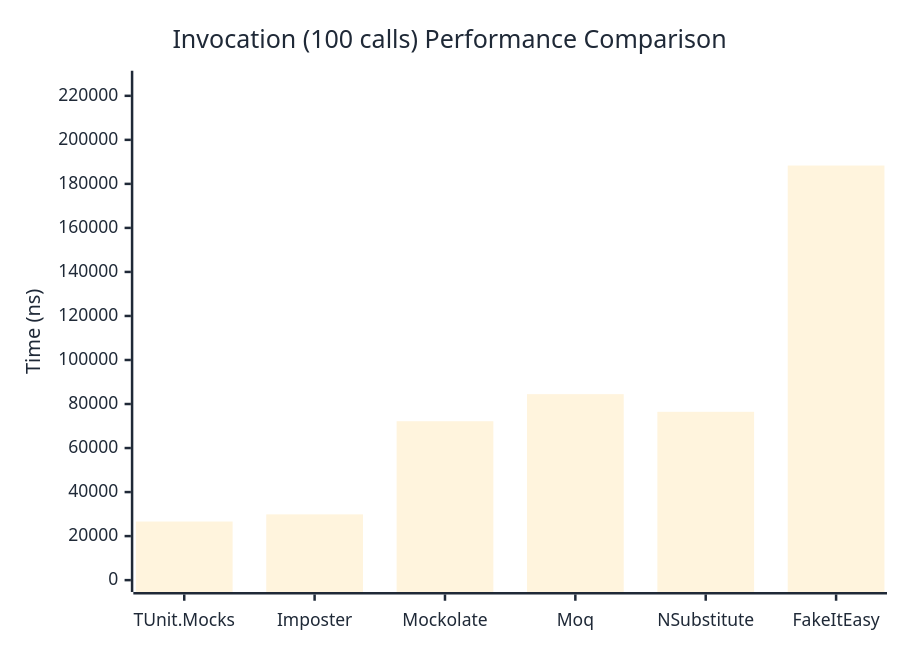
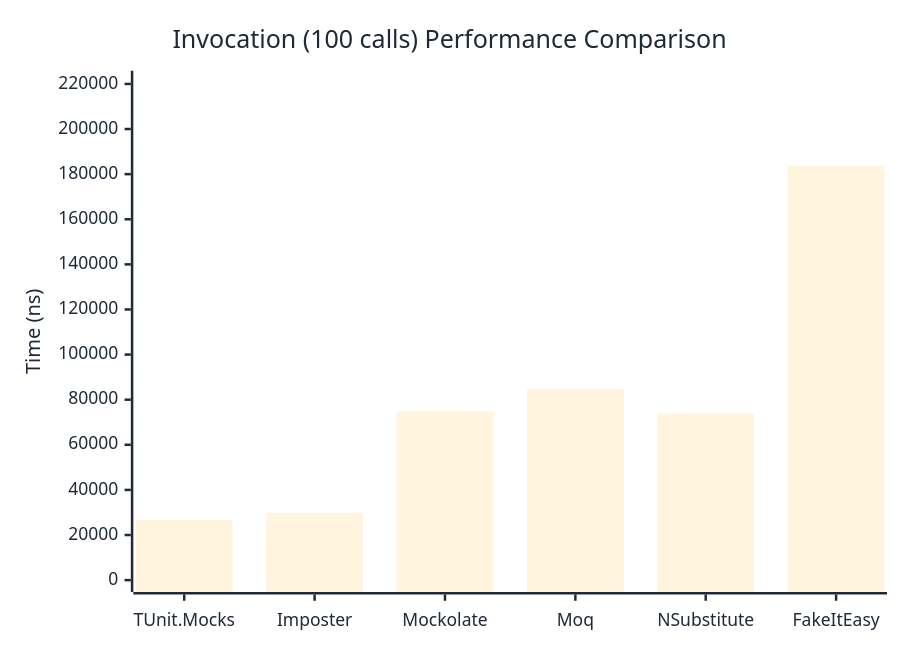
The third of 3 diagrams in docs/docs/benchmarks/mocks/Invocation.md (thomhurst/TUnit), drawn with Mermaid before and after one commit. The commit also changed other lines of this file and 14 other files, not shown here.

````diff
--- a/docs/docs/benchmarks/mocks/Invocation.md
+++ b/docs/docs/benchmarks/mocks/Invocation.md
@@ -110,27 +110,27 @@
 ```mermaid
 %%{init: {
   'theme':'base',
   'themeVariables': {
     'primaryColor': '#2563eb',
     'primaryTextColor': '#1f2937',
     'primaryBorderColor': '#1e40af',
     'lineColor': '#6b7280',
     'secondaryColor': '#7c3aed',
     'tertiaryColor': '#dc2626',
     'background': '#ffffff',
     'pie1': '#2563eb',
     'pie2': '#7c3aed',
     'pie3': '#dc2626',
     'pie4': '#f59e0b',
     'pie5': '#10b981',
     'pie6': '#06b6d4',
     'pie7': '#ec4899',
     'pie8': '#6366f1'
   }
 }}%%
 xychart-beta
   title "Invocation (100 calls) Performance Comparison"
   x-axis ["TUnit.Mocks", "Imposter", "Mockolate", "Moq", "NSubstitute", "FakeItEasy"]
-  y-axis "Time (ns)" 0 --> 225996
-  bar [26621.9, 29872.4, 72191.1, 84474.3, 76453.2, 188329.9]
+  y-axis "Time (ns)" 0 --> 220577
+  bar [26559.9, 29818.9, 74846, 84638.7, 73781.1, 183814.1]
 ```
````
